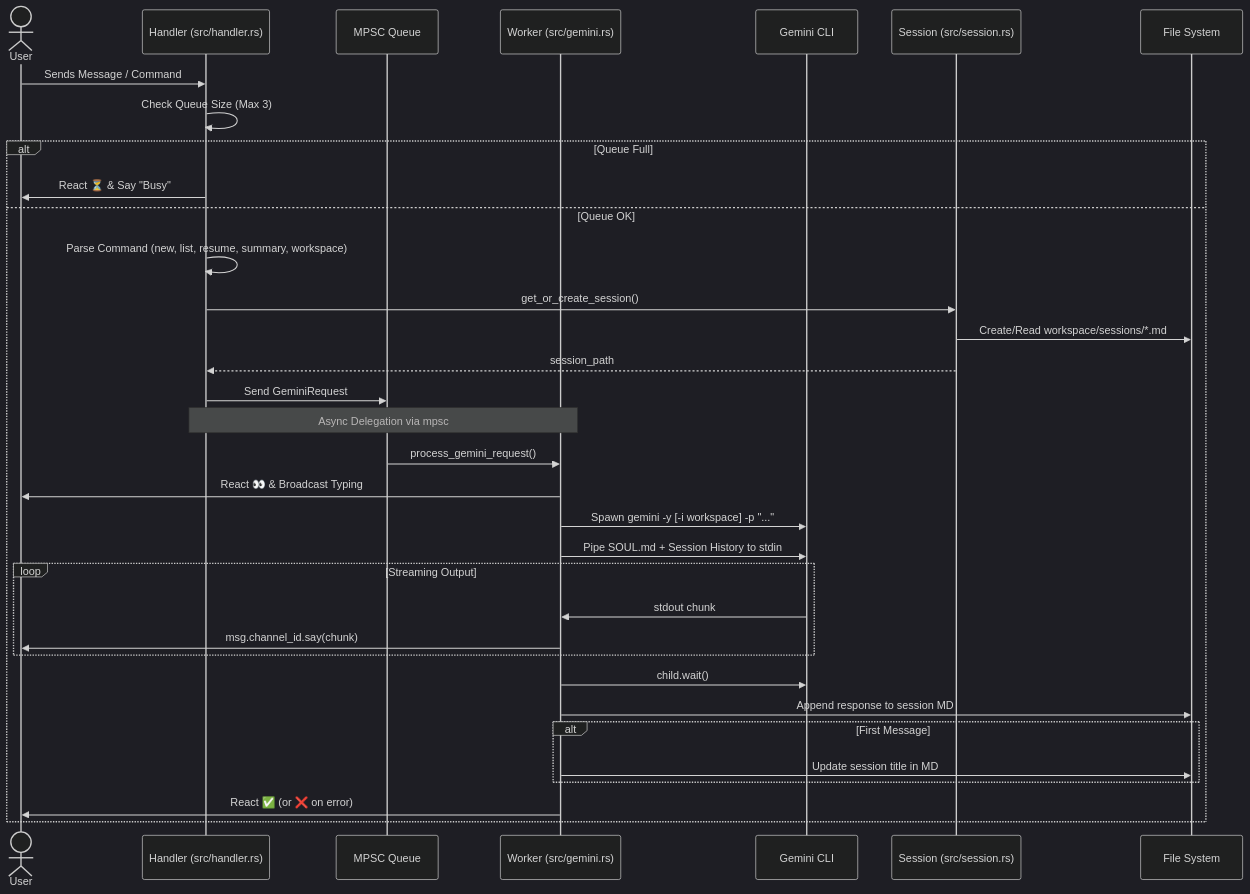
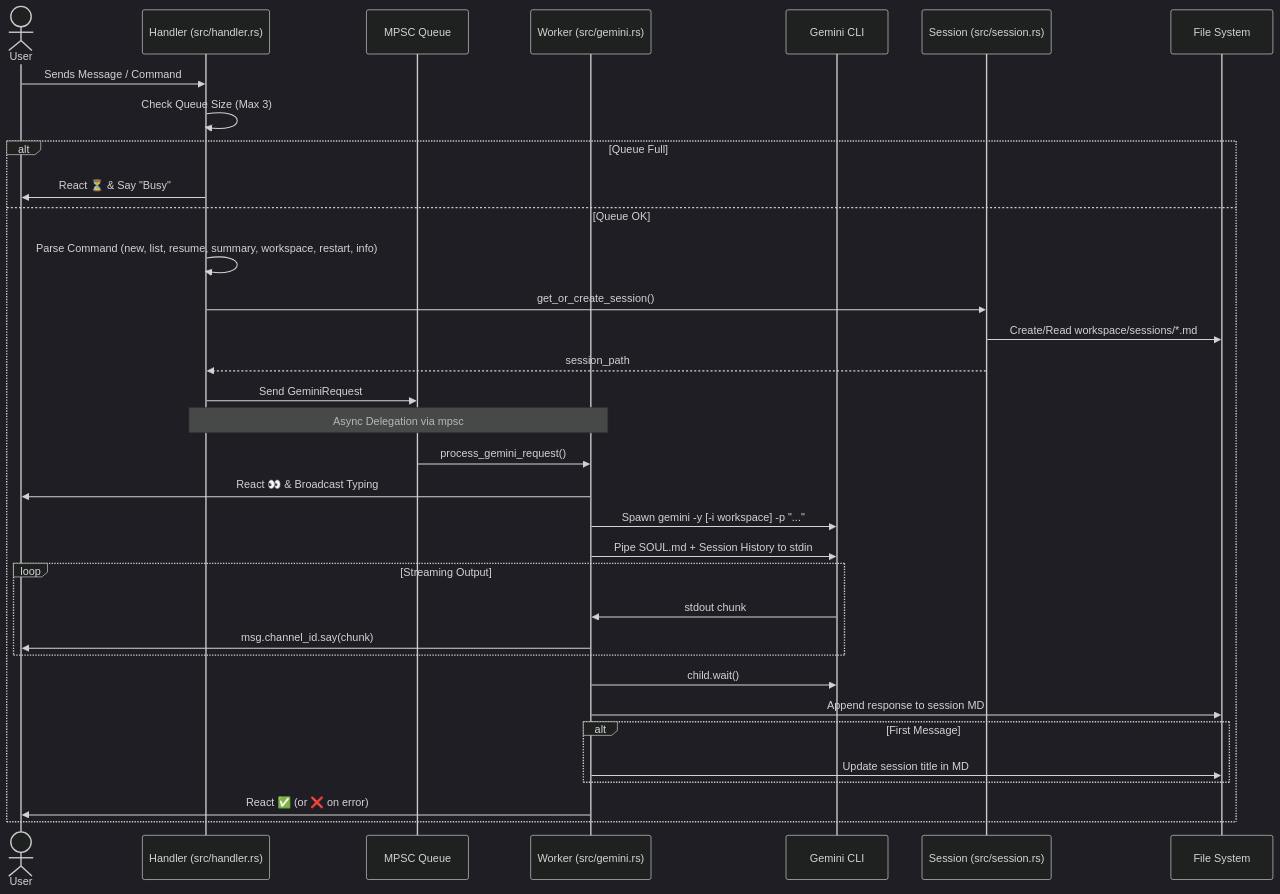
Before and after one commit to canejune/DiscordBot: the second of 2 diagrams in docs/architecture.md, drawn with Mermaid (dark theme). The commit also changed other lines of this file and 3 other files, not shown here.

Commit message:
feat: add restart and info commands, update system status reporting

````diff
--- a/docs/architecture.md
+++ b/docs/architecture.md
@@ -24,37 +24,37 @@
 ```mermaid
 sequenceDiagram
     actor User
     participant H as Handler (src/handler.rs)
     participant Q as MPSC Queue
     participant W as Worker (src/gemini.rs)
     participant G as Gemini CLI
     participant S as Session (src/session.rs)
     participant FS as File System
 
     User->>H: Sends Message / Command
     H->>H: Check Queue Size (Max 3)
     alt Queue Full
         H->>User: React ⏳ & Say "Busy"
     else Queue OK
-        H->>H: Parse Command (new, list, resume, summary, workspace)
+        H->>H: Parse Command (new, list, resume, summary, workspace, restart, info)
         H->>S: get_or_create_session()
         S->>FS: Create/Read workspace/sessions/*.md
         S-->>H: session_path
         H->>Q: Send GeminiRequest
         Note over H,W: Async Delegation via mpsc
         Q->>W: process_gemini_request()
         W->>User: React 👀 & Broadcast Typing
         W->>G: Spawn gemini -y [-i workspace] -p "..."
         W->>G: Pipe SOUL.md + Session History to stdin
         loop Streaming Output
             G->>W: stdout chunk
             W->>User: msg.channel_id.say(chunk)
         end
         W->>G: child.wait()
         W->>FS: Append response to session MD
         alt First Message
             W->>FS: Update session title in MD
         end
         W->>User: React ✅ (or ❌ on error)
     end
 ```
````
